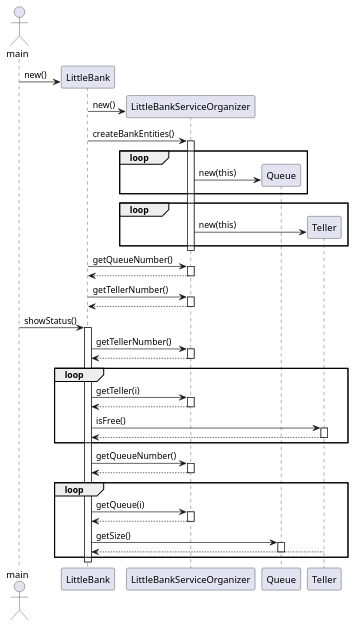
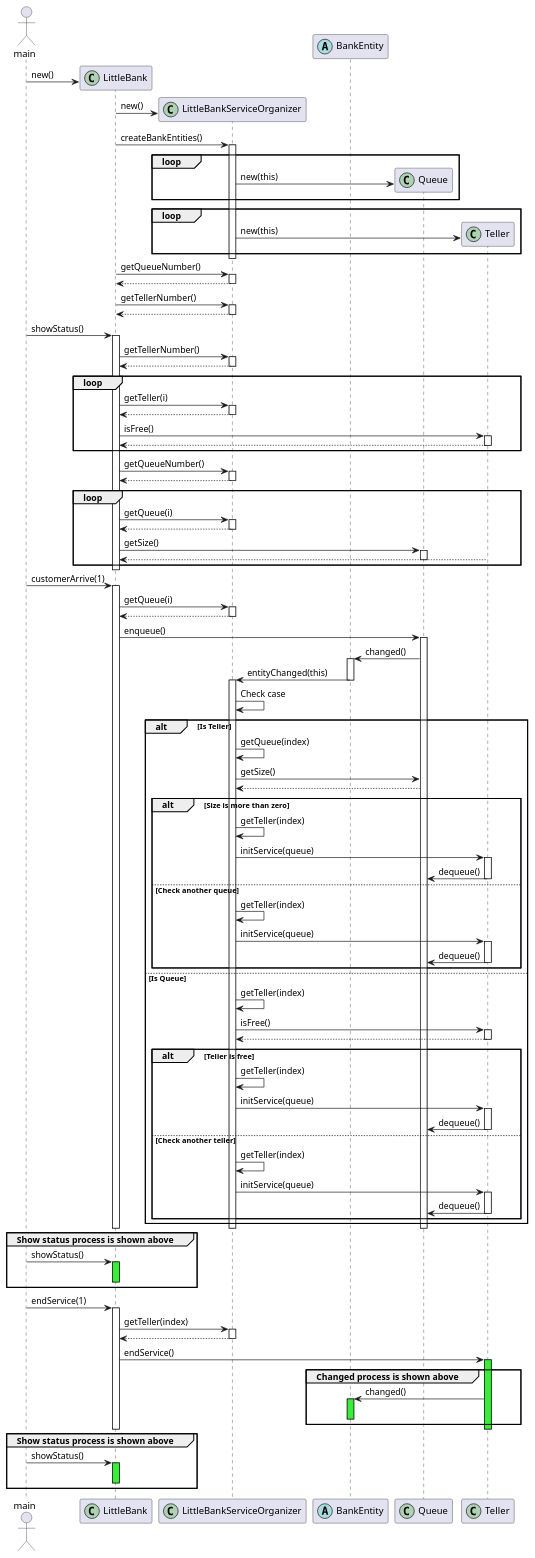
Before and after one commit to BeqaKhaburdzania/FreeUni-SDP-2013-Lab-UML: the diagram in Mediator/uml/MediatorSequenceDiagram.puml, drawn with PlantUML. The commit also changed 2 other files, not shown here.

```diff
--- a/Mediator/uml/MediatorSequenceDiagram.puml
+++ b/Mediator/uml/MediatorSequenceDiagram.puml
@@ -2,27 +2,29 @@
 
 actor main
 
-create LittleBank
+create LittleBank << (C,#ADD1B2) >>
 main -> LittleBank : new()
 
-create LittleBankServiceOrganizer
+create LittleBankServiceOrganizer << (C,#ADD1B2) >>
 
 LittleBank -> LittleBankServiceOrganizer : new()
 
 LittleBank -> LittleBankServiceOrganizer : createBankEntities()
 
+create BankEntity << (A,#A9DCDF) >>
+
 activate LittleBankServiceOrganizer
 
 loop
 
-    create Queue
+    create Queue << (C,#ADD1B2) >>
     LittleBankServiceOrganizer -> Queue : new(this)
 
 end
 
 loop
 
-    create Teller
+    create Teller << (C,#ADD1B2) >>
     LittleBankServiceOrganizer -> Teller : new(this)
 
 end
@@ -61,12 +63,16 @@
 
         LittleBank -> LittleBankServiceOrganizer : getTeller(i)
         activate LittleBankServiceOrganizer
-            LittleBank <-- LittleBankServiceOrganizer
+
+        LittleBank <-- LittleBankServiceOrganizer
+
         deactivate LittleBankServiceOrganizer
 
         LittleBank -> Teller : isFree()
         activate Teller
-            LittleBank <-- Teller
+
+        LittleBank <-- Teller
+
         deactivate Teller
 
     end
@@ -83,16 +89,166 @@
 
         LittleBank -> LittleBankServiceOrganizer : getQueue(i)
         activate LittleBankServiceOrganizer
-            LittleBank <-- LittleBankServiceOrganizer
+
+        LittleBank <-- LittleBankServiceOrganizer
+
         deactivate LittleBankServiceOrganizer
 
         LittleBank -> Queue : getSize()
         activate Queue
-            LittleBank <-- Teller
+
+        LittleBank <-- Teller
+
         deactivate Queue
 
     end
 
 deactivate LittleBank
 
+main -> LittleBank : customerArrive(1)
+
+activate LittleBank
+
+    LittleBank -> LittleBankServiceOrganizer : getQueue(i)
+    activate LittleBankServiceOrganizer
+
+    LittleBank <-- LittleBankServiceOrganizer
+
+    deactivate LittleBankServiceOrganizer
+
+    LittleBank -> Queue : enqueue()
+    activate Queue
+
+    Queue -> BankEntity : changed()
+
+    activate BankEntity
+
+    BankEntity -> LittleBankServiceOrganizer : entityChanged(this)
+
+    deactivate BankEntity
+
+    activate LittleBankServiceOrganizer
+
+        LittleBankServiceOrganizer -> LittleBankServiceOrganizer: Check case
+
+        alt Is Teller
+
+            LittleBankServiceOrganizer -> LittleBankServiceOrganizer : getQueue(index)
+
+            LittleBankServiceOrganizer -> Queue : getSize()
+            LittleBankServiceOrganizer <-- Queue
+
+            alt Size is more than zero
+
+            LittleBankServiceOrganizer -> LittleBankServiceOrganizer : getTeller(index)
+            LittleBankServiceOrganizer -> Teller : initService(queue)
+
+            activate Teller
+
+            Teller -> Queue : dequeue()
+
+            deactivate Teller
+
+            else Check another queue
+
+            LittleBankServiceOrganizer -> LittleBankServiceOrganizer : getTeller(index)
+            LittleBankServiceOrganizer -> Teller : initService(queue)
+            activate Teller
+
+            Teller -> Queue : dequeue()
+
+            deactivate Teller
+
+            end
+
+        else Is Queue
+
+            LittleBankServiceOrganizer -> LittleBankServiceOrganizer : getTeller(index)
+
+            LittleBankServiceOrganizer -> Teller : isFree()
+
+            activate Teller
+
+            LittleBankServiceOrganizer <-- Teller
+
+            deactivate Teller
+
+            alt Teller is free
+
+            LittleBankServiceOrganizer -> LittleBankServiceOrganizer : getTeller(index)
+            LittleBankServiceOrganizer -> Teller : initService(queue)
+
+            activate Teller
+
+            Teller -> Queue : dequeue()
+
+            deactivate Teller
+
+            else Check another teller
+
+            LittleBankServiceOrganizer -> LittleBankServiceOrganizer : getTeller(index)
+            LittleBankServiceOrganizer -> Teller : initService(queue)
+            activate Teller
+
+            Teller -> Queue : dequeue()
+
+            deactivate Teller
+
+            end
+
+        end
+
+    deactivate LittleBankServiceOrganizer
+
+    deactivate Queue
+
+deactivate LittleBank
+
+group Show status process is shown above
+
+main -> LittleBank : showStatus()
+
+activate LittleBank #39EE39
+deactivate LittleBank
+
+end
+
+main -> LittleBank : endService(1)
+
+activate LittleBank
+
+LittleBank -> LittleBankServiceOrganizer : getTeller(index)
+
+activate LittleBankServiceOrganizer
+
+LittleBank <-- LittleBankServiceOrganizer
+
+deactivate LittleBankServiceOrganizer
+
+LittleBank -> Teller : endService()
+
+activate Teller #39EE39
+
+group Changed process is shown above
+
+Teller -> BankEntity : changed()
+
+activate BankEntity #39EE39
+deactivate BankEntity
+
+end
+
+deactivate Teller
+
+deactivate LittleBank
+
+group Show status process is shown above
+
+main -> LittleBank : showStatus()
+
+activate LittleBank #39EE39
+deactivate LittleBank
+
+end
+
 @enduml
```
